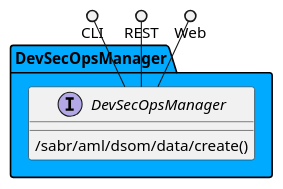
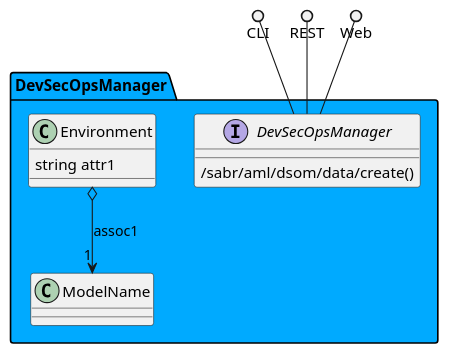
One commit to madajaju/sabr changed the diagram in docs/sabr/aml/dsom/logical.puml. Above: the diagram before and after it, drawn with PlantUML. The commit also changed 572 other files, not shown here.

```diff
--- a/docs/sabr/aml/dsom/logical.puml
+++ b/docs/sabr/aml/dsom/logical.puml
@@ -1,23 +1,29 @@
 @startuml
 
 
 
 package "DevSecOpsManager" #00aaff {
 
     interface "DevSecOpsManager" as i {
             /sabr/aml/dsom/data/create()
     
     }
 }
 
 CLI ()-- i
 REST ()-- i
 Web ()-- i
 
 package "DevSecOpsManager" #00aaff {
+        class "Environment" {
+                 string attr1
+                    }
+                Environment o--> "1" ModelName : assoc1
+            
     
+
 }
 
 
 
 @enduml
```
